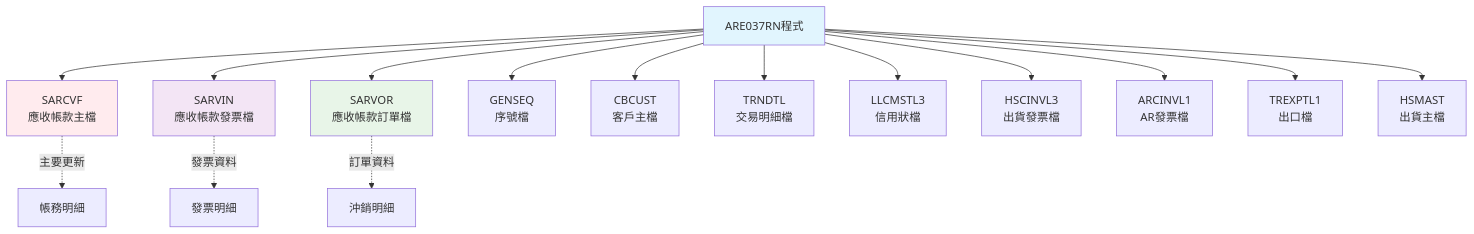
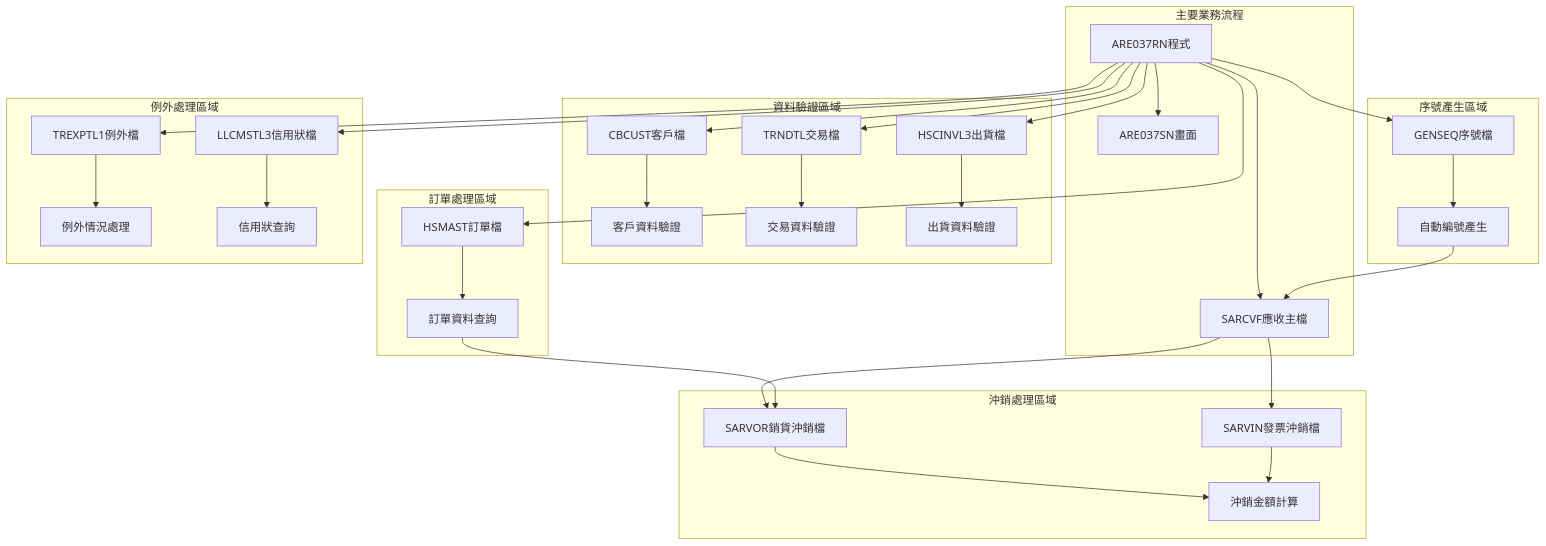
One commit to WK195838/tongkang changed the second of 7 diagrams in 東鋼/規格書/ARE037RN_P02.md. Above: the diagram before and after it, drawn with Mermaid. The commit also changed other lines of this file, not shown here.

````diff
--- a/東鋼/規格書/ARE037RN_P02.md
+++ b/東鋼/規格書/ARE037RN_P02.md
@@ -73,23 +114,42 @@
 ```mermaid
-graph TB
-    A[ARE037RN程式] --> B[SARCVF<br/>應收帳款主檔]
-    A --> C[SARVIN<br/>應收帳款發票檔]
-    A --> D[SARVOR<br/>應收帳款訂單檔]
-    A --> E[GENSEQ<br/>序號檔]
-    A --> F[CBCUST<br/>客戶主檔]
-    A --> G[TRNDTL<br/>交易明細檔]
-    A --> H[LLCMSTL3<br/>信用狀檔]
-    A --> I[HSCINVL3<br/>出貨發票檔]
-    A --> J[ARCINVL1<br/>AR發票檔]
-    A --> K[TREXPTL1<br/>出口檔]
-    A --> L[HSMAST<br/>出貨主檔]
+graph TD
+    subgraph "主要業務流程"
+        A[ARE037RN程式] --> B[ARE037SN畫面]
+        A --> C[SARCVF應收主檔]
+    end
     
-    B -.->|主要更新| M[帳務明細]
-    C -.->|發票資料| N[發票明細]
-    D -.->|訂單資料| O[沖銷明細]
+    subgraph "沖銷處理區域"  
+        C --> D[SARVOR銷貨沖銷檔]
+        C --> E[SARVIN發票沖銷檔]
+        D --> F[沖銷金額計算]
+        E --> F
+    end
     
-    style A fill:#e1f5fe
-    style B fill:#ffebee
-    style C fill:#f3e5f5
-    style D fill:#e8f5e8
+    subgraph "資料驗證區域"
+        A --> G[CBCUST客戶檔]
+        A --> H[TRNDTL交易檔]
+        A --> I[HSCINVL3出貨檔]
+        G --> J[客戶資料驗證]
+        H --> K[交易資料驗證]
+        I --> L[出貨資料驗證]
+    end
+    
+    subgraph "序號產生區域"
+        A --> M[GENSEQ序號檔]
+        M --> N[自動編號產生]
+        N --> C
+    end
+    
+    subgraph "訂單處理區域"  
+        A --> O[HSMAST訂單檔]
+        O --> P[訂單資料查詢]
+        P --> D
+    end
+    
+    subgraph "例外處理區域"
+        A --> Q[TREXPTL1例外檔]
+        A --> R[LLCMSTL3信用狀檔]
+        Q --> S[例外情況處理]
+        R --> T[信用狀查詢]
+    end
 ```
````
